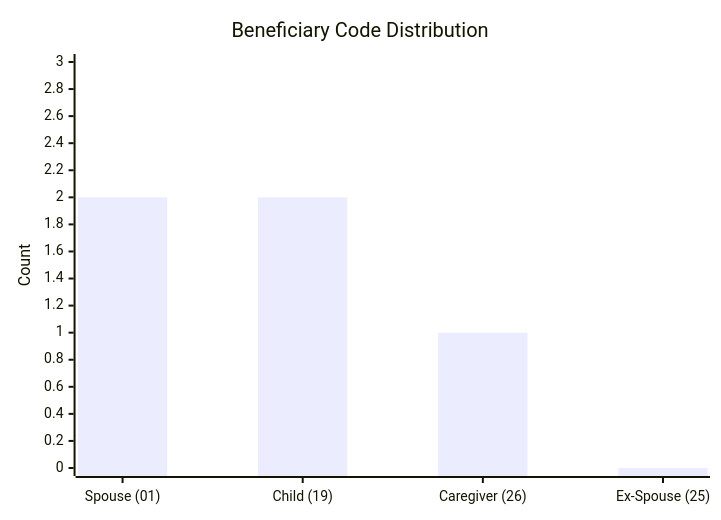
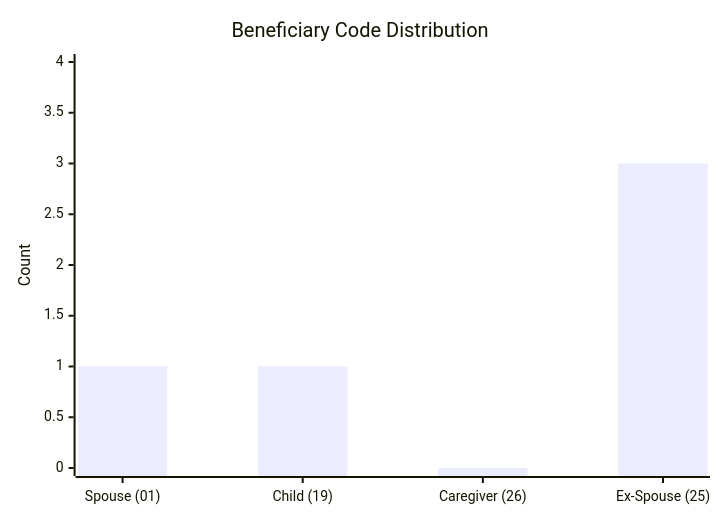
One commit to dhagan-va/intern-2025 changed the seventh of 10 diagrams in test-tools/DataGen/src/Statistics_Visualizer.md. Above: the diagram before and after it, drawn with Mermaid. The commit also changed other lines of this file and 5 other files, not shown here.

````diff
--- a/test-tools/DataGen/src/Statistics_Visualizer.md
+++ b/test-tools/DataGen/src/Statistics_Visualizer.md
@@ -76,7 +77,7 @@
 ```mermaid
 xychart-beta
     title "Beneficiary Code Distribution"
     x-axis ["Spouse (01)", "Child (19)", "Caregiver (26)", "Ex-Spouse (25)"]
-    y-axis "Count" 0 --> 3
-    bar [2, 2, 1, 0]
+    y-axis "Count" 0 --> 4
+    bar [1, 1, 0, 3]
 ```
````
